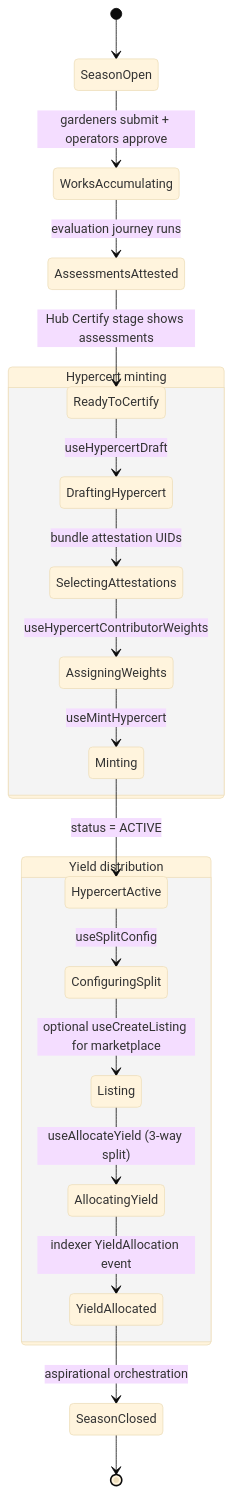
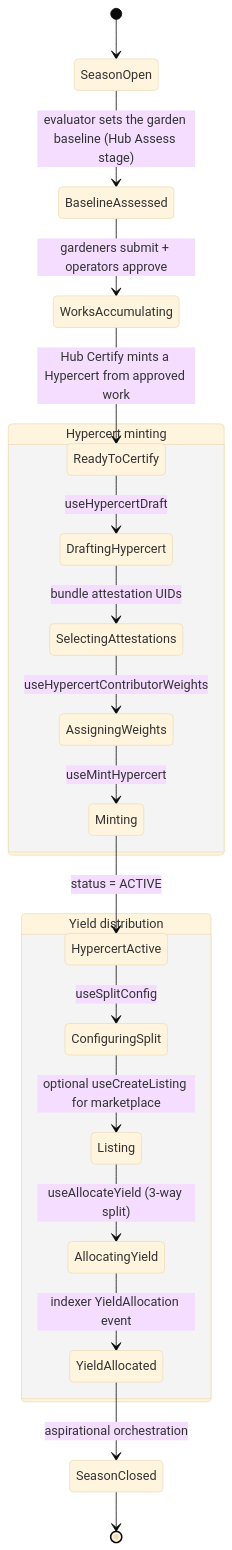
One commit to greenpill-dev-guild/green-goods changed the diagram in docs/docs/builders/journeys/harvest.mdx. Above: the diagram before and after it, drawn with Mermaid (base theme). The commit also changed other lines of this file and 11 other files, not shown here.

````diff
--- a/docs/docs/builders/journeys/harvest.mdx
+++ b/docs/docs/builders/journeys/harvest.mdx
@@ -41,25 +41,25 @@
 ```mermaid
 stateDiagram-v2
     [*] --> SeasonOpen
-    SeasonOpen --> WorksAccumulating: gardeners submit + operators approve
-    WorksAccumulating --> AssessmentsAttested: evaluation journey runs
-    AssessmentsAttested --> ReadyToCertify: Hub Certify stage shows assessments
+    SeasonOpen --> BaselineAssessed: evaluator sets the garden baseline (Hub Assess stage)
+    BaselineAssessed --> WorksAccumulating: gardeners submit + operators approve
+    WorksAccumulating --> ReadyToCertify: Hub Certify mints a Hypercert from approved work
 
     state "Hypercert minting" as Mint {
         ReadyToCertify --> DraftingHypercert: useHypercertDraft
         DraftingHypercert --> SelectingAttestations: bundle attestation UIDs
         SelectingAttestations --> AssigningWeights: useHypercertContributorWeights
         AssigningWeights --> Minting: useMintHypercert
         Minting --> HypercertActive: status = ACTIVE
     }
 
     state "Yield distribution" as Distribute {
         HypercertActive --> ConfiguringSplit: useSplitConfig
         ConfiguringSplit --> Listing: optional useCreateListing for marketplace
         Listing --> AllocatingYield: useAllocateYield (3-way split)
         AllocatingYield --> YieldAllocated: indexer YieldAllocation event
     }
 
     YieldAllocated --> SeasonClosed: aspirational orchestration
     SeasonClosed --> [*]
 ```
````
